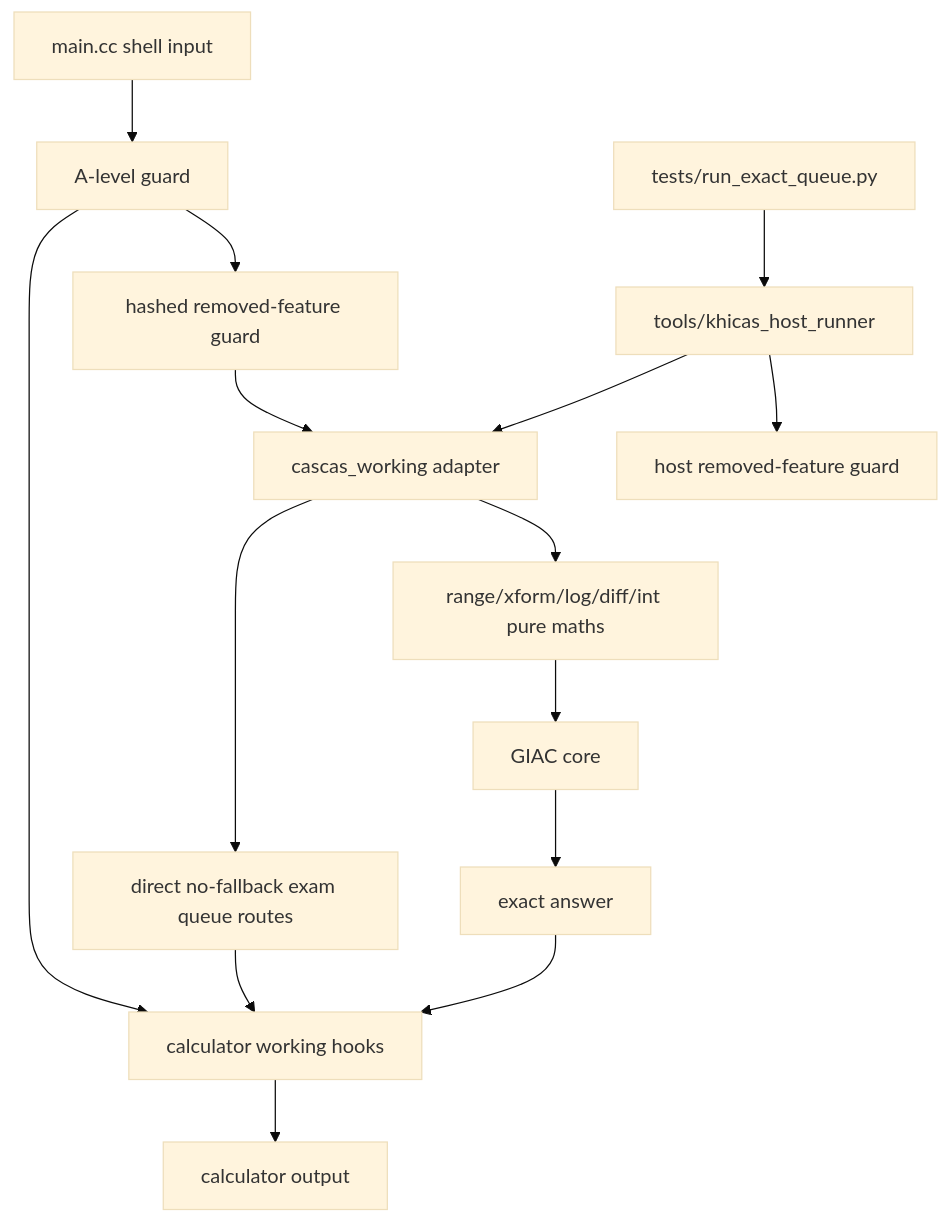
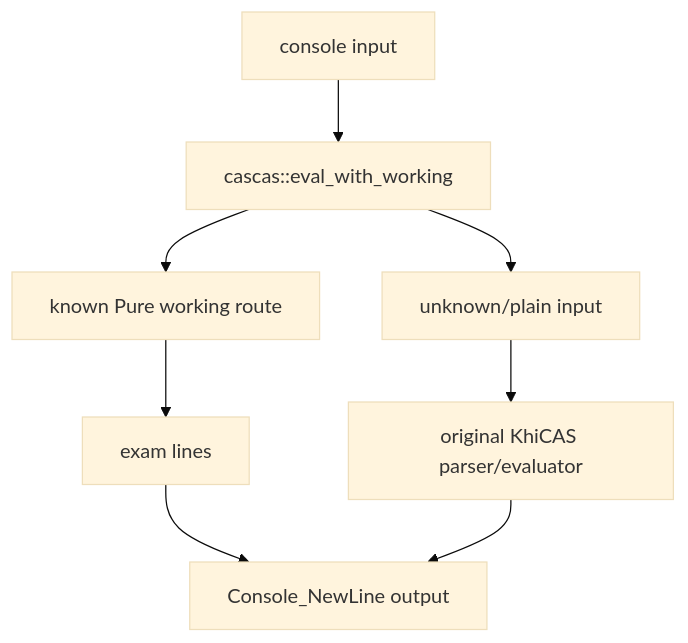
Before and after one commit to james8464/notes-addin-casio-fx-cg50: the second of 5 diagrams in docs/GRAPH.md, drawn with Mermaid (base theme). The commit also changed other lines of this file and 349 other files, not shown here.

Commit message:
feat: expand pure CAS working routes

````diff
--- a/docs/GRAPH.md
+++ b/docs/GRAPH.md
@@ -28,17 +21,10 @@
 ```mermaid
 graph TD
-  Input["main.cc shell input"] --> Guard["A-level guard"]
-  Guard --> Hash["hashed removed-feature guard"]
-  Hash --> Shared["cascas_working adapter"]
-  Shared --> Rewrite["range/xform/log/diff/int pure maths"]
-  Shared --> DirectQueue["direct no-fallback exam queue routes"]
-  Rewrite --> Giac["GIAC core"]
-  DirectQueue --> CalcWork
-  Giac --> Answer["exact answer"]
-  Guard --> CalcWork["calculator working hooks"]
-  HostIn["tests/run_exact_queue.py"] --> HostWrap["tools/khicas_host_runner"]
-  HostWrap --> HostGuard["host removed-feature guard"]
-  HostWrap --> Shared
-  Answer --> CalcWork
-  CalcWork --> Console["calculator output"]
+  Input["console input"] --> Guard["cascas::eval_with_working"]
+  Guard --> Work["known Pure working route"]
+  Work --> Steps["exam lines"]
+  Steps --> Console["Console_NewLine output"]
+  Guard --> Fallback["unknown/plain input"]
+  Fallback --> KhiCAS["original KhiCAS parser/evaluator"]
+  KhiCAS --> Console
 ```
````
